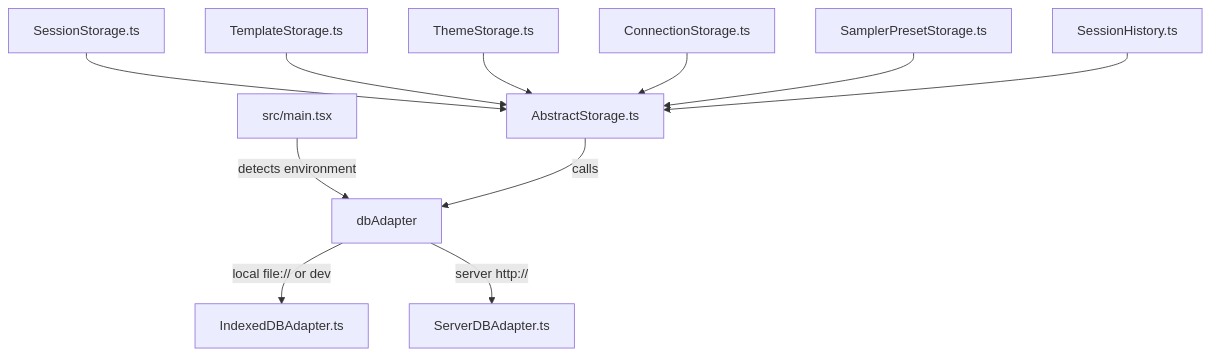
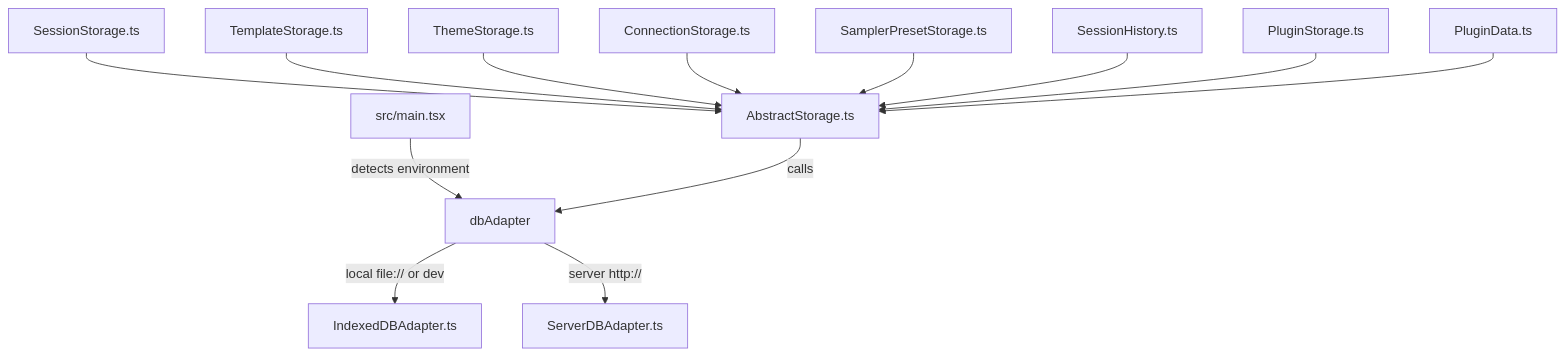
One commit to LordFoogThe4rd/miyapad changed the diagram in docs/architecture.md. Above: the diagram before and after it, drawn with Mermaid. The commit also changed other lines of this file and 43 other files, not shown here.

````diff
--- a/docs/architecture.md
+++ b/docs/architecture.md
@@ -7,13 +7,15 @@
 ```mermaid
 graph TD
     App[src/main.tsx] -->|detects environment| DBAdapter[dbAdapter]
     DBAdapter -->|local file:// or dev| IndexedDBAdapter[IndexedDBAdapter.ts]
     DBAdapter -->|server http://| ServerDBAdapter[ServerDBAdapter.ts]
     SessionStorage[SessionStorage.ts] --> AbstractStorage[AbstractStorage.ts]
     TemplateStorage[TemplateStorage.ts] --> AbstractStorage
     ThemeStorage[ThemeStorage.ts] --> AbstractStorage
     ConnectionStorage[ConnectionStorage.ts] --> AbstractStorage
     SamplerPresetStorage[SamplerPresetStorage.ts] --> AbstractStorage
     SessionHistory[SessionHistory.ts] --> AbstractStorage
+    PluginStorage[PluginStorage.ts] --> AbstractStorage
+    PluginData[PluginData.ts] --> AbstractStorage
     AbstractStorage -->|calls| DBAdapter
 ```
````
